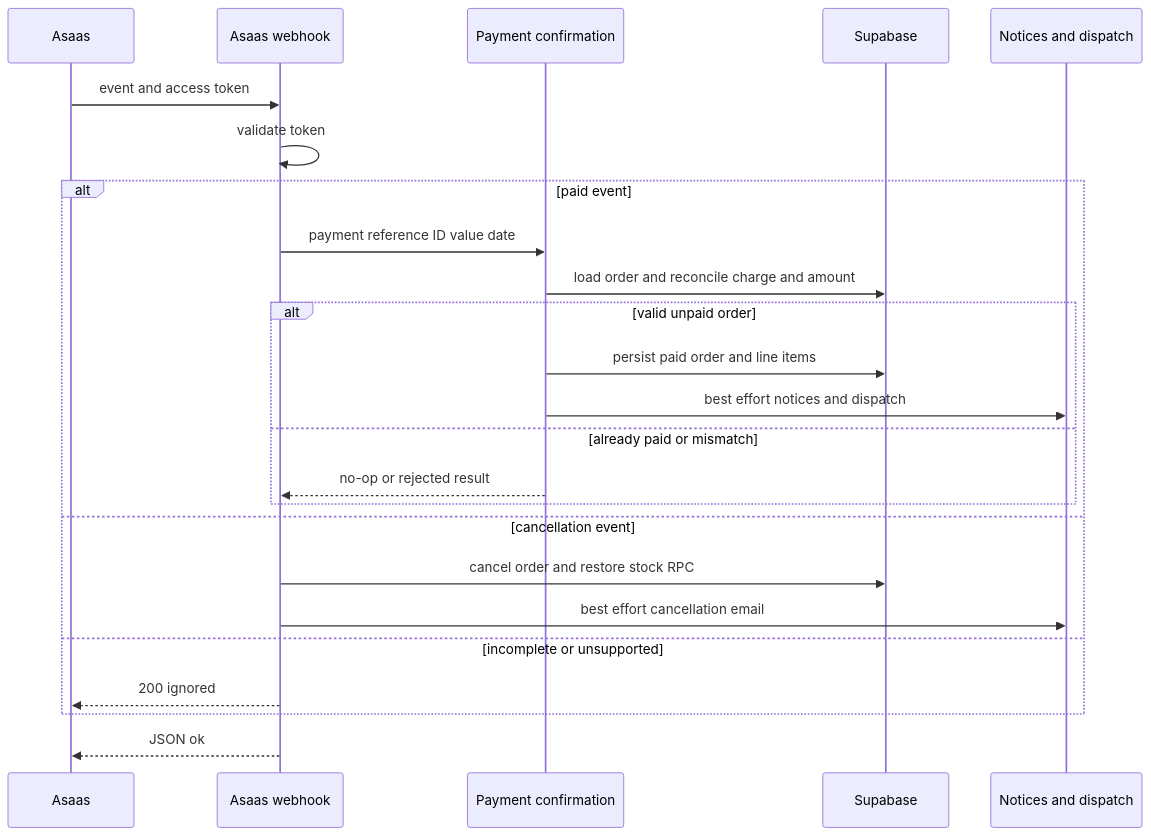
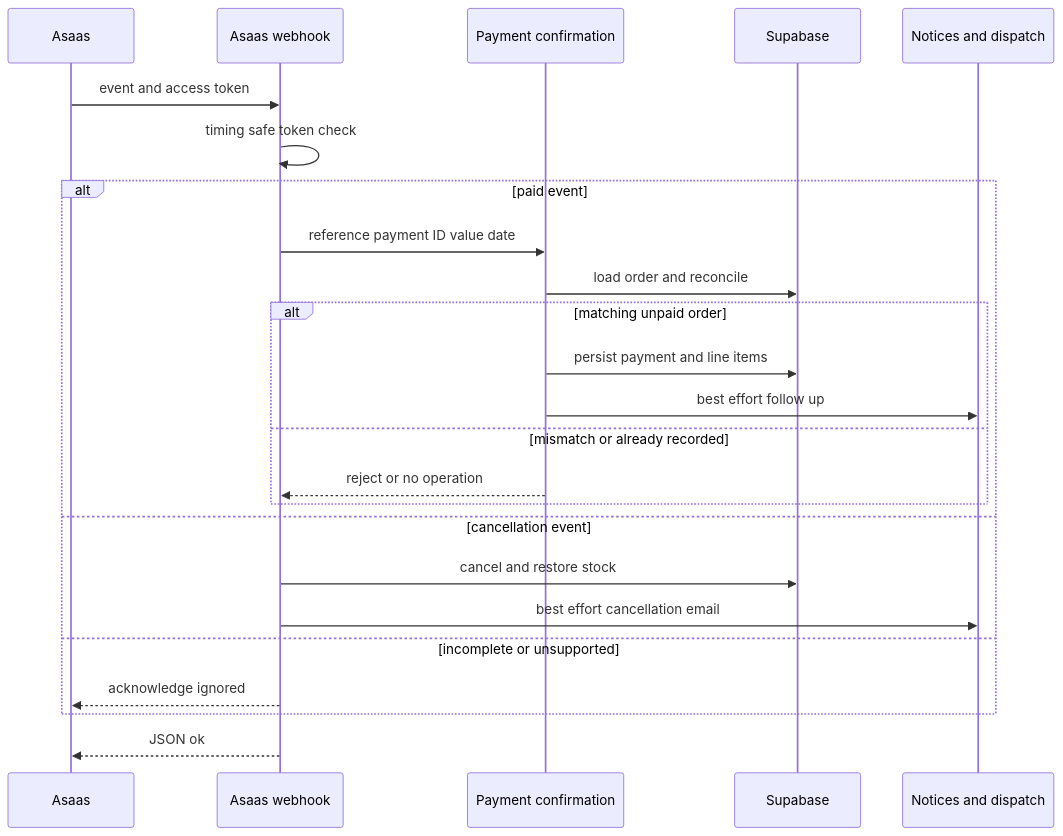
One commit to Schneider-Gr/industria24hIA changed the first of 2 diagrams in openwiki/integrations/external-services-and-webhooks.md. Above: the diagram before and after it, drawn with Mermaid. The commit also changed other lines of this file and 34 other files, not shown here.

````diff
--- a/openwiki/integrations/external-services-and-webhooks.md
+++ b/openwiki/integrations/external-services-and-webhooks.md
@@ -99,26 +94,26 @@
 ```mermaid
 sequenceDiagram
     participant Asaas
     participant Hook as Asaas webhook
     participant Confirm as Payment confirmation
     participant DB as Supabase
     participant Effects as Notices and dispatch
     Asaas->>Hook: event and access token
-    Hook->>Hook: validate token
+    Hook->>Hook: timing safe token check
     alt paid event
-        Hook->>Confirm: payment reference ID value date
-        Confirm->>DB: load order and reconcile charge and amount
-        alt valid unpaid order
-            Confirm->>DB: persist paid order and line items
-            Confirm->>Effects: best effort notices and dispatch
-        else already paid or mismatch
-            Confirm-->>Hook: no-op or rejected result
+        Hook->>Confirm: reference payment ID value date
+        Confirm->>DB: load order and reconcile
+        alt matching unpaid order
+            Confirm->>DB: persist payment and line items
+            Confirm->>Effects: best effort follow up
+        else mismatch or already recorded
+            Confirm-->>Hook: reject or no operation
         end
     else cancellation event
-        Hook->>DB: cancel order and restore stock RPC
+        Hook->>DB: cancel and restore stock
         Hook->>Effects: best effort cancellation email
     else incomplete or unsupported
-        Hook-->>Asaas: 200 ignored
+        Hook-->>Asaas: acknowledge ignored
     end
     Hook-->>Asaas: JSON ok
 ```
````
